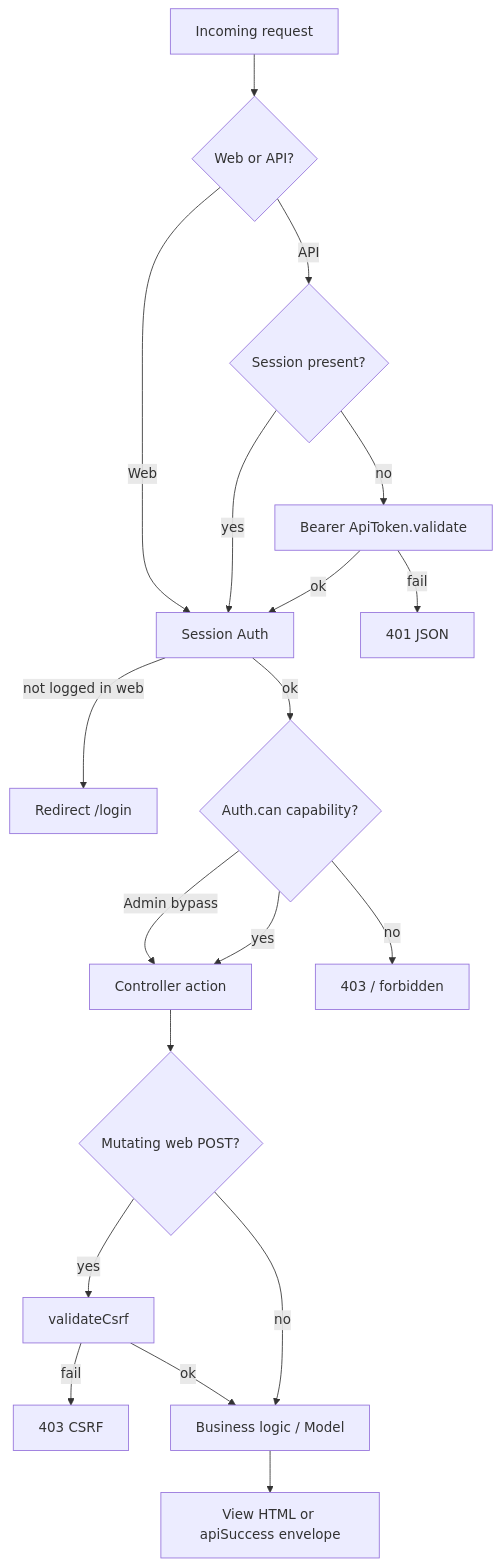
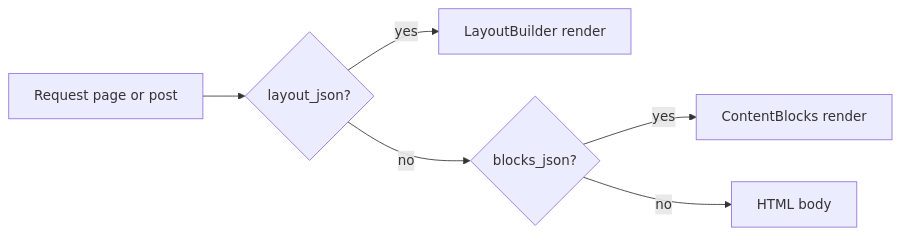
Before and after one commit to tomengsanchez/LYOR-CMS: the first of 2 diagrams in docs/UML.md, drawn with Mermaid. The commit also changed other lines of this file and 208 other files, not shown here.

First line of the commit message:
Split LayoutBuilder into focused PHP modules and keep docs CMS-only.

````diff
--- a/docs/UML.md
+++ b/docs/UML.md
@@ -271,21 +5,8 @@
 ```mermaid
-flowchart TD
-    A[Incoming request] --> B{Web or API?}
-    B -->|Web| C[Session Auth]
-    B -->|API| D{Session present?}
-    D -->|yes| C
-    D -->|no| E[Bearer ApiToken.validate]
-    E -->|fail| F[401 JSON]
-    E -->|ok| C
-    C -->|not logged in web| G[Redirect /login]
-    C -->|ok| H{Auth.can capability?}
-    H -->|Admin bypass| I[Controller action]
-    H -->|yes| I
-    H -->|no| J[403 / forbidden]
-    I --> K{Mutating web POST?}
-    K -->|yes| L[validateCsrf]
-    L -->|fail| M[403 CSRF]
-    L -->|ok| N[Business logic / Model]
-    K -->|no| N
-    N --> O[View HTML or apiSuccess envelope]
+flowchart LR
+  A[Request page or post] --> B{layout_json?}
+  B -->|yes| C[LayoutBuilder render]
+  B -->|no| D{blocks_json?}
+  D -->|yes| E[ContentBlocks render]
+  D -->|no| F[HTML body]
 ```
````
